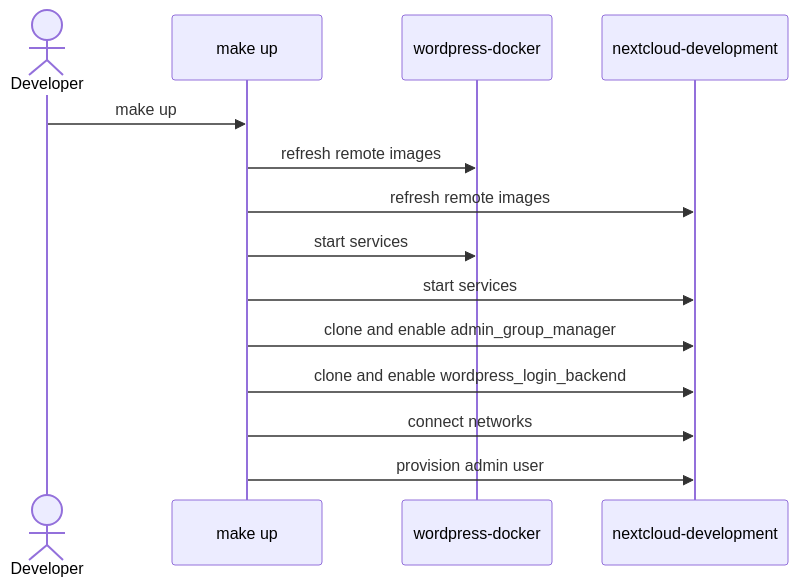
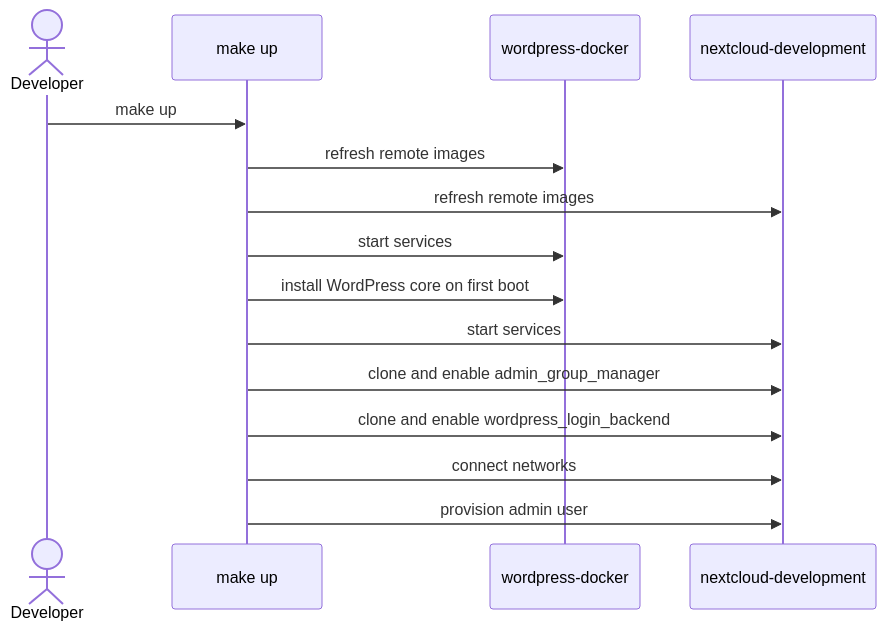
One commit to LibreSign/saas changed the first of 2 diagrams in README.md. Above: the diagram before and after it, drawn with Mermaid. The commit also changed other lines of this file, not shown here.

Commit message:
docs: describe wordpress bootstrap flow

````diff
--- a/README.md
+++ b/README.md
@@ -46,17 +50,18 @@
 ```mermaid
 sequenceDiagram
     actor Dev as Developer
     participant Make as make up
     participant WP as wordpress-docker
     participant NC as nextcloud-development
 
     Dev->>Make: make up
     Make->>WP: refresh remote images
     Make->>NC: refresh remote images
     Make->>WP: start services
+    Make->>WP: install WordPress core on first boot
     Make->>NC: start services
     Make->>NC: clone and enable admin_group_manager
     Make->>NC: clone and enable wordpress_login_backend
     Make->>NC: connect networks
     Make->>NC: provision admin user
 ```
````
